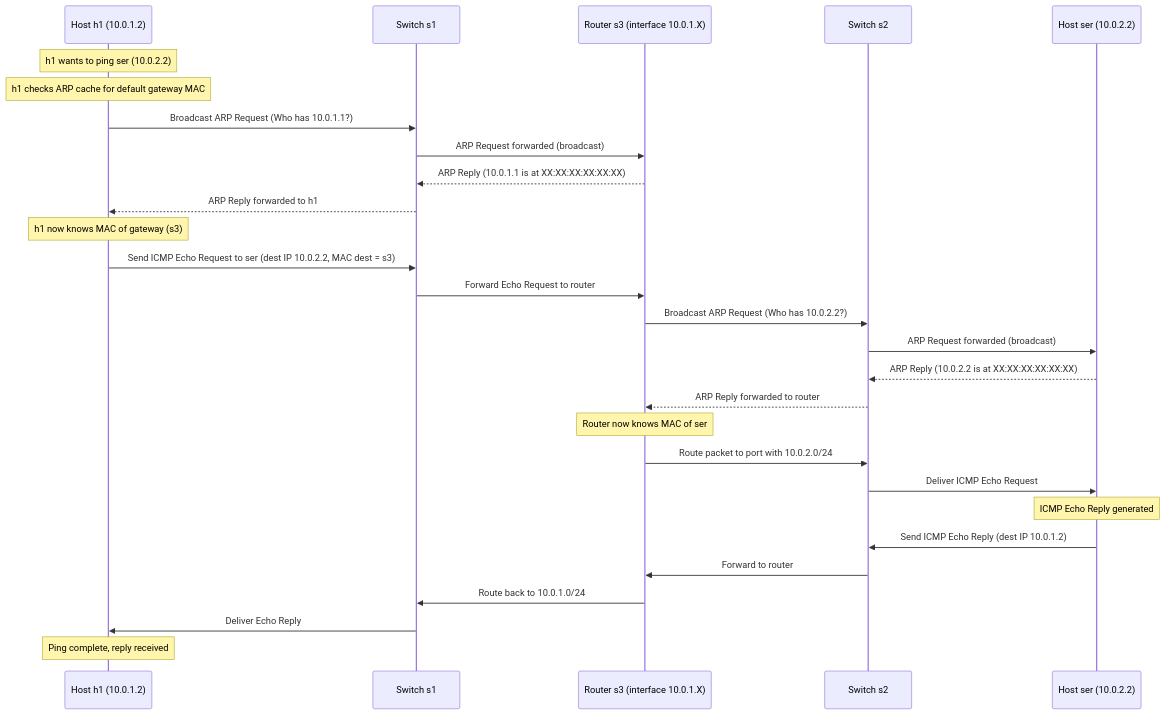
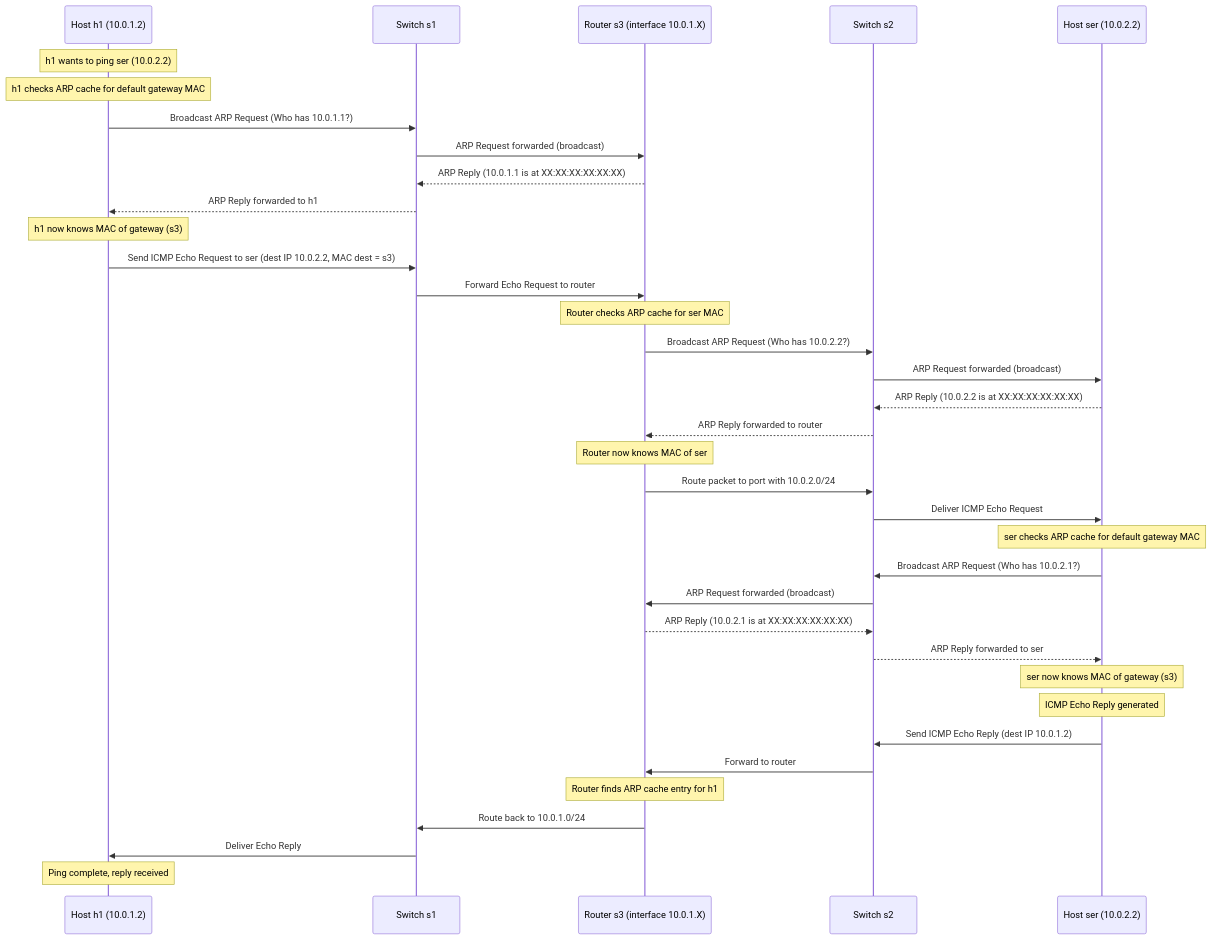
The first of 2 diagrams in lab1/notes1.md (tobi-lgs/ans-ss25), drawn with Mermaid before and after one commit. The commit also changed 1 other file, not shown here.

Commit message:
add: controller arp and icmp functionality

````diff
--- a/lab1/notes1.md
+++ b/lab1/notes1.md
@@ -217,39 +217,54 @@
 ```mermaid
 sequenceDiagram
     participant h1 as Host h1 (10.0.1.2)
     participant s1 as Switch s1
     participant s3 as Router s3 (interface 10.0.1.X)
     participant s2 as Switch s2
     participant ser as Host ser (10.0.2.2)
 
     Note over h1: h1 wants to ping ser (10.0.2.2)
     Note over h1: h1 checks ARP cache for default gateway MAC
 
     h1->>s1: Broadcast ARP Request (Who has 10.0.1.1?)
     s1->>s3: ARP Request forwarded (broadcast)
     s3-->>s1: ARP Reply (10.0.1.1 is at XX:XX:XX:XX:XX:XX)
     s1-->>h1: ARP Reply forwarded to h1
 
     Note over h1: h1 now knows MAC of gateway (s3)
 
     h1->>s1: Send ICMP Echo Request to ser (dest IP 10.0.2.2, MAC dest = s3)
     s1->>s3: Forward Echo Request to router
+
+    Note over s3: Router checks ARP cache for ser MAC
+
     s3->>s2: Broadcast ARP Request (Who has 10.0.2.2?)
     s2->>ser: ARP Request forwarded (broadcast)
     ser-->>s2: ARP Reply (10.0.2.2 is at XX:XX:XX:XX:XX:XX)
     s2-->>s3: ARP Reply forwarded to router
 
     Note over s3: Router now knows MAC of ser
 
     s3->>s2: Route packet to port with 10.0.2.0/24
     s2->>ser: Deliver ICMP Echo Request
 
+    Note over ser: ser checks ARP cache for default gateway MAC
+
+    ser->>s2: Broadcast ARP Request (Who has 10.0.2.1?)
+    s2->>s3: ARP Request forwarded (broadcast)
+    s3-->>s2: ARP Reply (10.0.2.1 is at XX:XX:XX:XX:XX:XX)
+    s2-->>ser: ARP Reply forwarded to ser
+
+    Note over ser: ser now knows MAC of gateway (s3)
+
     Note over ser: ICMP Echo Reply generated
 
     ser->>s2: Send ICMP Echo Reply (dest IP 10.0.1.2)
     s2->>s3: Forward to router
+
+    Note over s3: Router finds ARP cache entry for h1
+
     s3->>s1: Route back to 10.0.1.0/24
     s1->>h1: Deliver Echo Reply
 
     Note over h1: Ping complete, reply received
 ```
````
